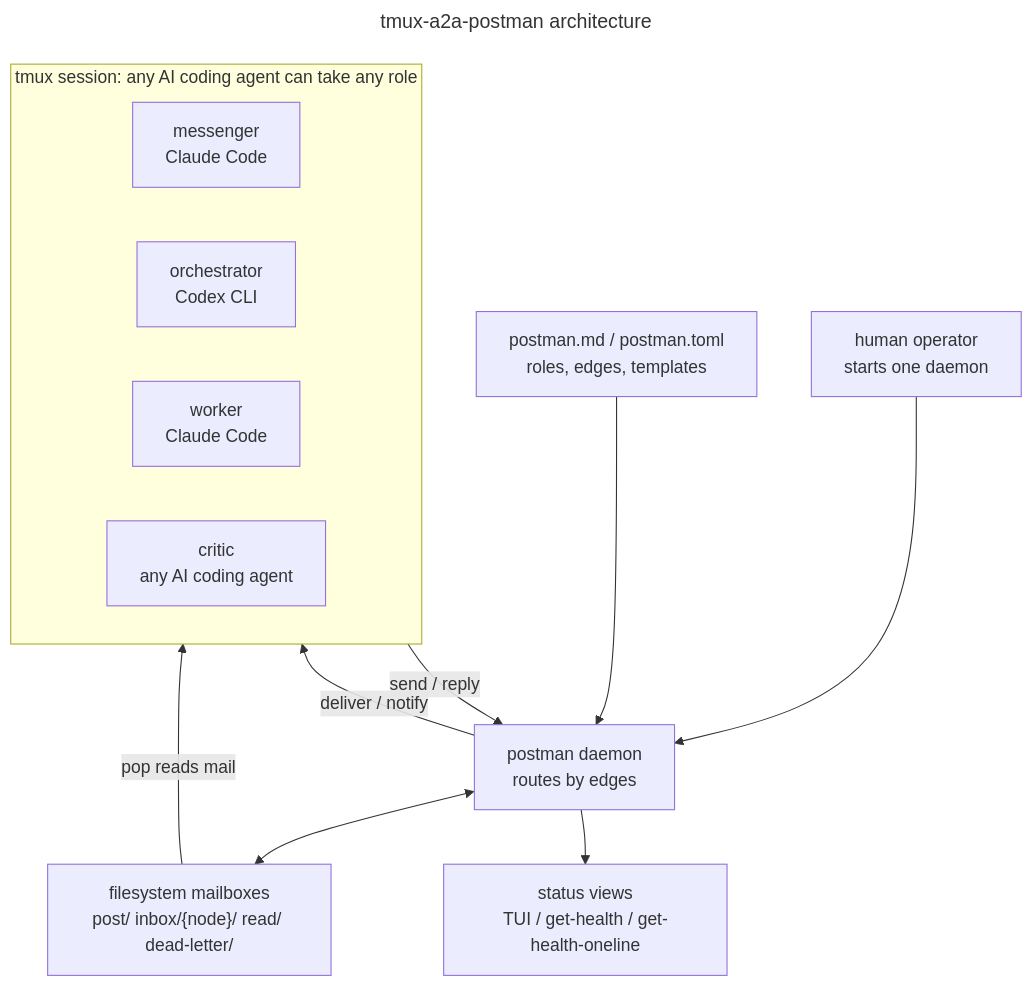
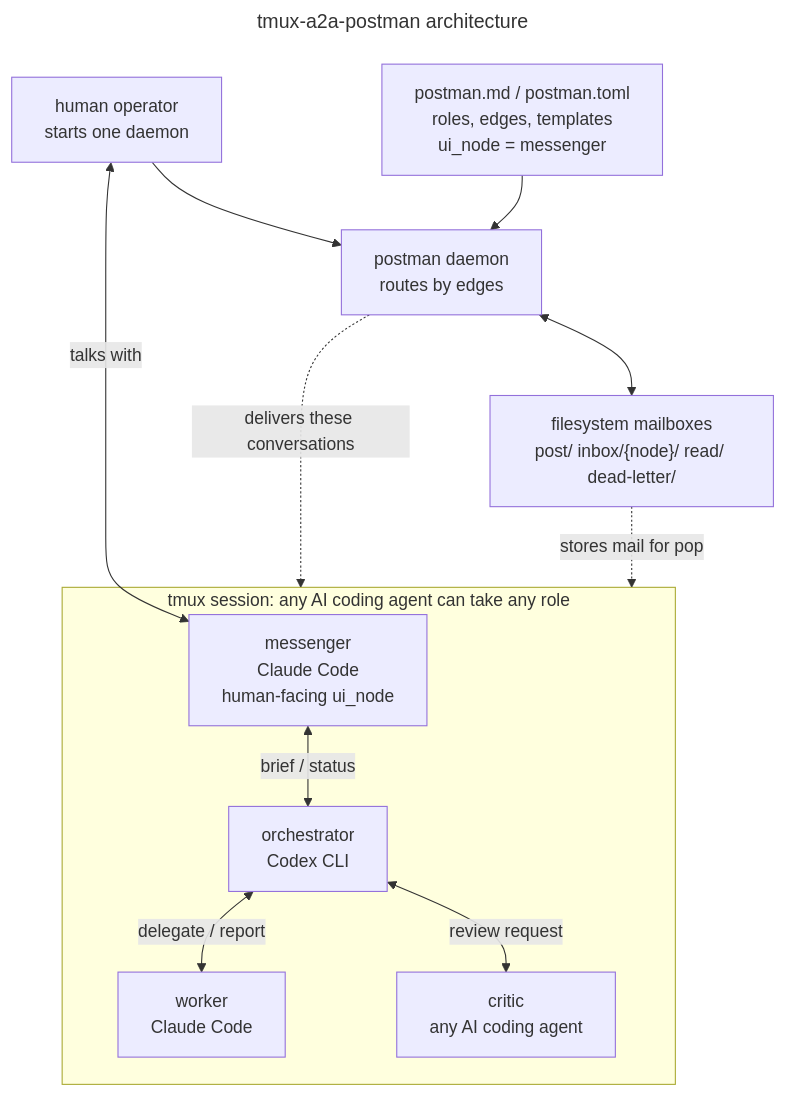
Before and after one commit to i9wa4/tmux-a2a-postman: the first of 2 diagrams in README.md, drawn with Mermaid.

Commit message:
docs: simplify concept diagram

````diff
--- a/README.md
+++ b/README.md
@@ -14,26 +14,27 @@
 ```mermaid
 ---
 title: tmux-a2a-postman architecture
 ---
 graph TD
     human["human operator\nstarts one daemon"]
-    config["postman.md / postman.toml\nroles, edges, templates"]
+    config["postman.md / postman.toml\nroles, edges, templates\nui_node = messenger"]
     daemon["postman daemon\nroutes by edges"]
     mailbox["filesystem mailboxes\npost/ inbox/{node}/ read/ dead-letter/"]
-    health["status views\nTUI / get-health / get-health-oneline"]
 
     subgraph tmux["tmux session: any AI coding agent can take any role"]
-        messenger["messenger\nClaude Code"]
+        messenger["messenger\nClaude Code\nhuman-facing ui_node"]
         orchestrator["orchestrator\nCodex CLI"]
         worker["worker\nClaude Code"]
         critic["critic\nany AI coding agent"]
     end
 
     human --> daemon
+    human <--> |talks with| messenger
     config --> daemon
-    tmux -->|send / reply| daemon
-    daemon -->|deliver / notify| tmux
+    messenger <--> |brief / status| orchestrator
+    orchestrator <--> |delegate / report| worker
+    orchestrator <--> |review request| critic
     daemon <--> mailbox
-    mailbox -->|pop reads mail| tmux
-    daemon --> health
+    daemon -.->|delivers these conversations| tmux
+    mailbox -.->|stores mail for pop| tmux
 ```
````
